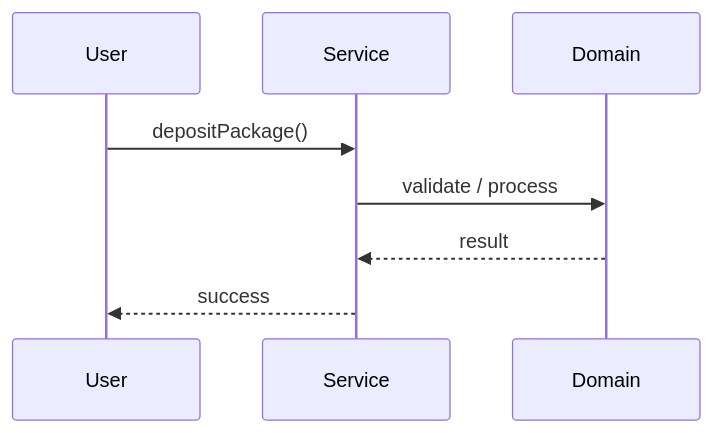
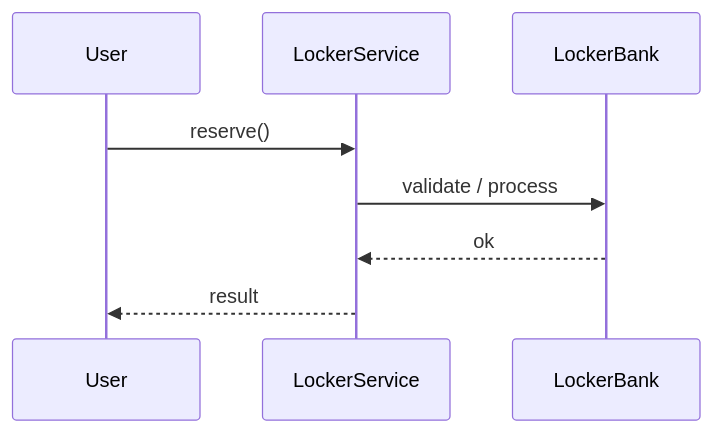
Before and after one commit to madhupaila/Interview-Prep-SSE: the second of 3 diagrams in Learn/System Design - Low Level Design/02-classic-ood/questions/Q32-warehouse-locker.md, drawn with Mermaid. The commit also changed other lines of this file and 491 other files, not shown here.

````diff
--- a/Learn/System Design - Low Level Design/02-classic-ood/questions/Q32-warehouse-locker.md
+++ b/Learn/System Design - Low Level Design/02-classic-ood/questions/Q32-warehouse-locker.md
@@ -122,10 +149,10 @@
 ```mermaid
 sequenceDiagram
-    participant U as User
-    participant S as Service
-    participant D as Domain
-    U->>S: depositPackage()
-    S->>D: validate / process
-    D-->>S: result
-    S-->>U: success
+participant U as User
+participant S as LockerService
+participant D as LockerBank
+U->>S: reserve()
+S->>D: validate / process
+D-->>S: ok
+S-->>U: result
 ```
````
